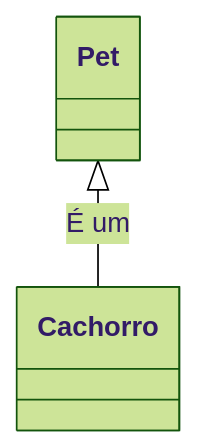
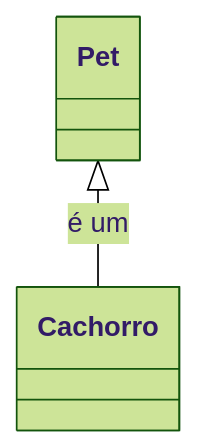
One commit to conteudoGeneration/cookbook_javascript changed the eighth of 10 diagrams in 01_javascript/16.md. Above: the diagram before and after it, drawn with Mermaid (forest theme). The commit also changed other lines of this file, not shown here.

````diff
--- a/01_javascript/16.md
+++ b/01_javascript/16.md
@@ -172,4 +172,4 @@
 ```mermaid
 classDiagram
-Pet <|-- Cachorro : É um
+Pet <|-- Cachorro : é um
 ```
````
